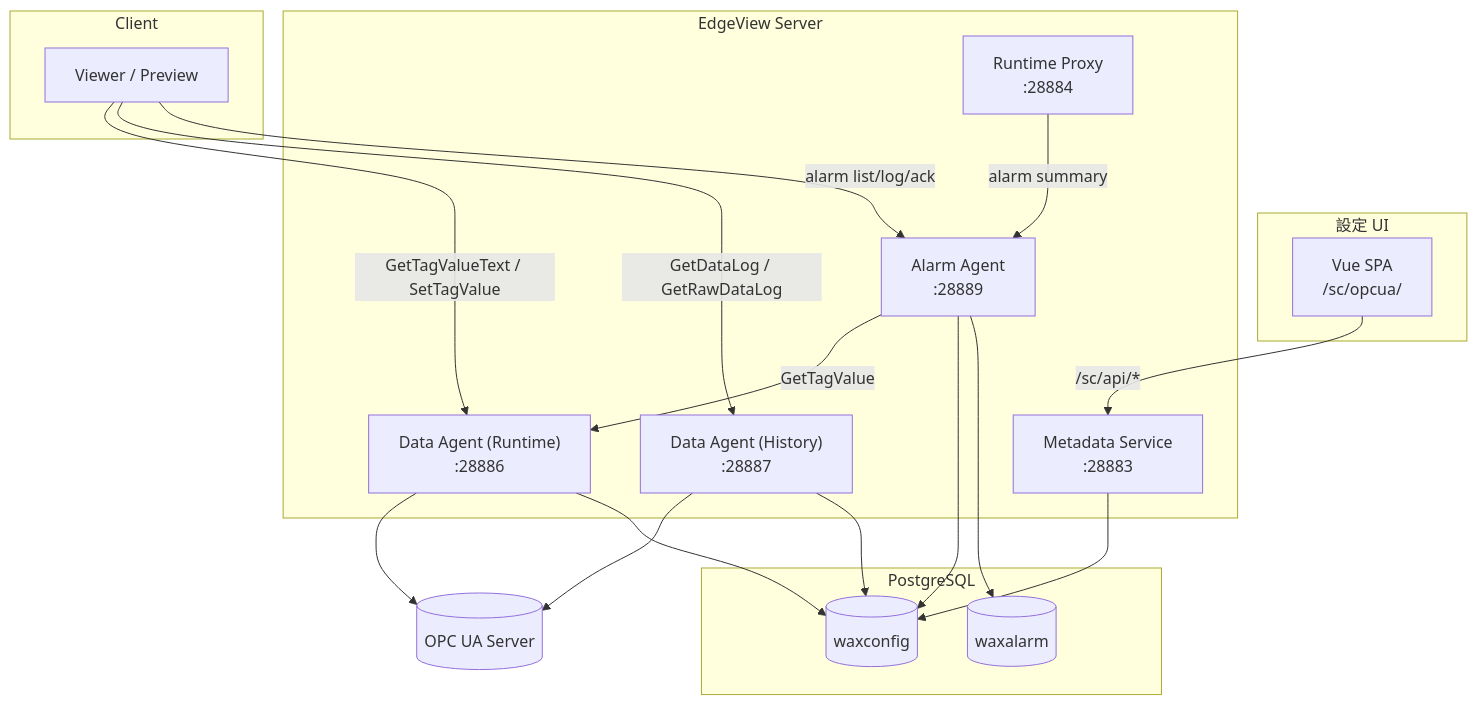
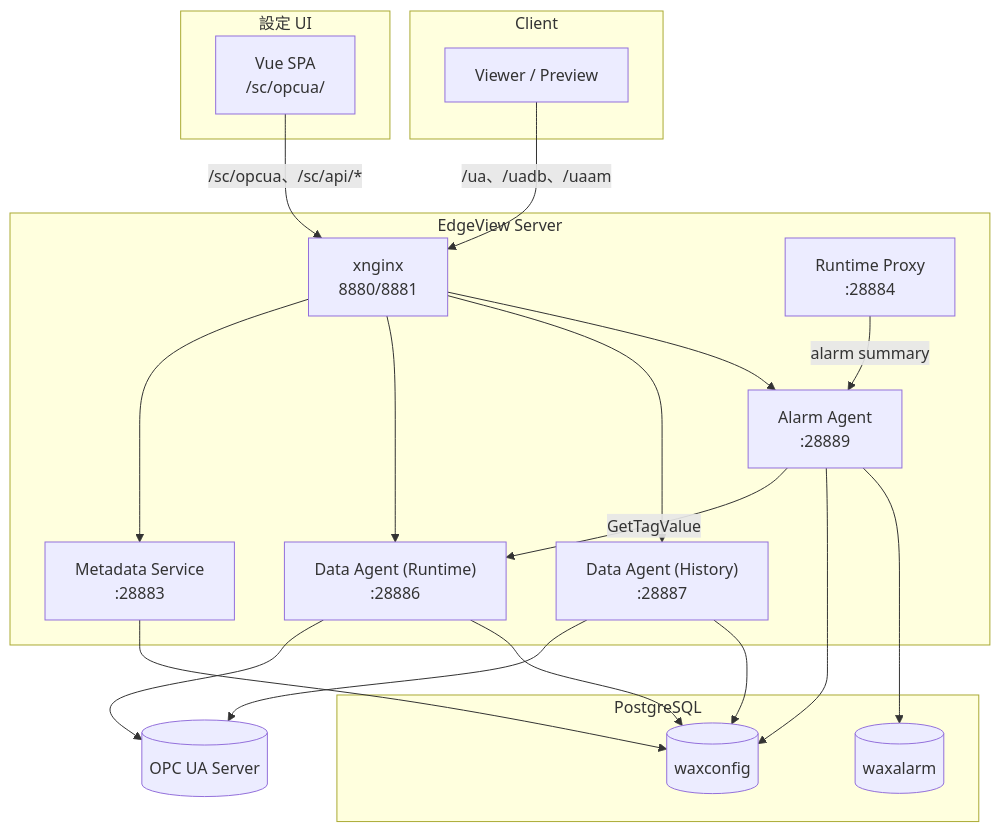
Before and after one commit to PochengChen-del/EdgeViewDoc: the first of 14 diagrams in SDS/14_OPCUA_Subsystem_Design.md, drawn with Mermaid. The commit also changed other lines of this file and 19 other files, not shown here.

````diff
--- a/SDS/14_OPCUA_Subsystem_Design.md
+++ b/SDS/14_OPCUA_Subsystem_Design.md
@@ -15,35 +16,38 @@
 ```mermaid
 flowchart TB
     subgraph UI["設定 UI"]
         Vue["Vue SPA<br/>/sc/opcua/"]
     end
     subgraph Edge["EdgeView Server"]
+        NG["xnginx<br/>8880/8881"]
         Meta["Metadata Service<br/>:28883"]
         Proxy["Runtime Proxy<br/>:28884"]
         RT["Data Agent (Runtime)<br/>:28886"]
         HIS["Data Agent (History)<br/>:28887"]
         ALM["Alarm Agent<br/>:28889"]
     end
     subgraph Client["Client"]
         HMI["Viewer / Preview"]
     end
     subgraph DB["PostgreSQL"]
         CFG[("waxconfig")]
         ALMDB[("waxalarm")]
     end
     UA[("OPC UA Server")]
 
-    Vue -->|"/sc/api/*"| Meta
+    Vue -->|"/sc/opcua、/sc/api/*"| NG
+    HMI -->|"/ua、/uadb、/uaam"| NG
+    NG --> Meta
+    NG --> RT
+    NG --> HIS
+    NG --> ALM
     Meta --> CFG
-    HMI -->|GetTagValueText / SetTagValue| RT
-    HMI -->|GetDataLog / GetRawDataLog| HIS
-    HMI -->|alarm list/log/ack| ALM
     Proxy -->|alarm summary| ALM
     ALM -->|GetTagValue| RT
     RT --> UA
     HIS --> UA
     RT --> CFG
     HIS --> CFG
     ALM --> CFG
     ALM --> ALMDB
 ```
````
